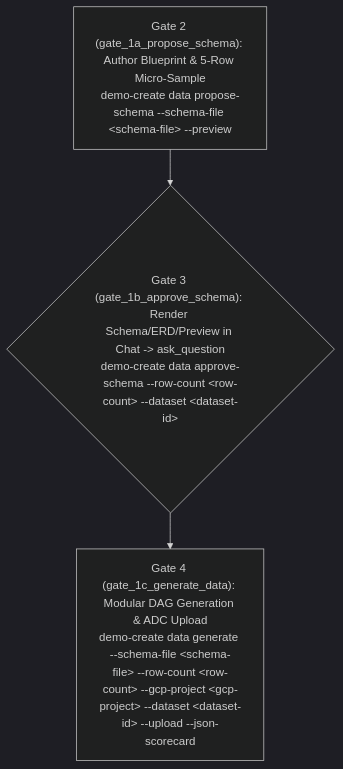
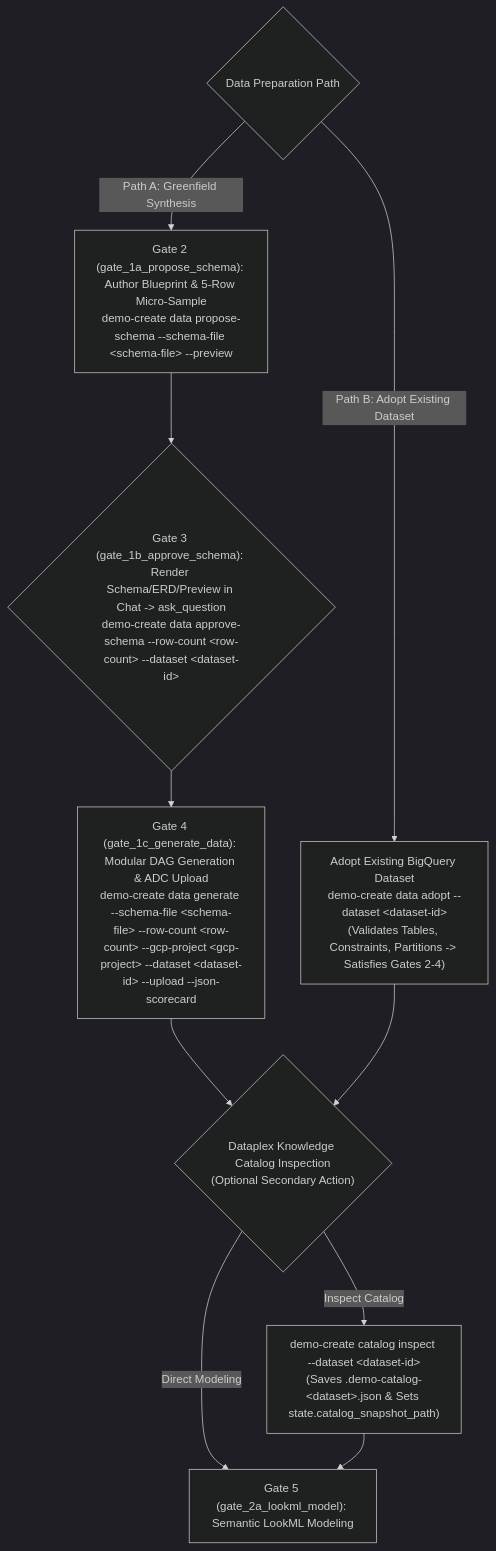
Before and after one commit to lkrdev/looker-demo-cli: the second of 3 diagrams in skills/looker-demo-orchestrator/SKILL.md, drawn with Mermaid (dark theme). The commit also changed other lines of this file and 38 other files, not shown here.

````diff
--- a/skills/looker-demo-orchestrator/SKILL.md
+++ b/skills/looker-demo-orchestrator/SKILL.md
@@ -204,5 +215,12 @@
 ```mermaid
 graph TD
-    A["Gate 2 (gate_1a_propose_schema): Author Blueprint & 5-Row Micro-Sample<br/>demo-create data propose-schema --schema-file &lt;schema-file&gt; --preview"] --> B{"Gate 3 (gate_1b_approve_schema): Render Schema/ERD/Preview in Chat -> ask_question<br/>demo-create data approve-schema --row-count &lt;row-count&gt; --dataset &lt;dataset-id&gt;"}
+    DataChoice{Data Preparation Path} -->|Path A: Greenfield Synthesis| A["Gate 2 (gate_1a_propose_schema): Author Blueprint & 5-Row Micro-Sample<br/>demo-create data propose-schema --schema-file &lt;schema-file&gt; --preview"]
+    A --> B{"Gate 3 (gate_1b_approve_schema): Render Schema/ERD/Preview in Chat -> ask_question<br/>demo-create data approve-schema --row-count &lt;row-count&gt; --dataset &lt;dataset-id&gt;"}
     B --> C["Gate 4 (gate_1c_generate_data): Modular DAG Generation & ADC Upload<br/>demo-create data generate --schema-file &lt;schema-file&gt; --row-count &lt;row-count&gt; --gcp-project &lt;gcp-project&gt; --dataset &lt;dataset-id&gt; --upload --json-scorecard"]
+    DataChoice -->|Path B: Adopt Existing Dataset| D["Adopt Existing BigQuery Dataset<br/>demo-create data adopt --dataset &lt;dataset-id&gt;<br/>(Validates Tables, Constraints, Partitions -> Satisfies Gates 2-4)"]
+    C --> PreGate5{"Dataplex Knowledge Catalog Inspection<br/>(Optional Secondary Action)"}
+    D --> PreGate5
+    PreGate5 -->|Inspect Catalog| E["demo-create catalog inspect --dataset &lt;dataset-id&gt;<br/>(Saves .demo-catalog-&lt;dataset&gt;.json & Sets state.catalog_snapshot_path)"]
+    PreGate5 -->|Direct Modeling| F["Gate 5 (gate_2a_lookml_model): Semantic LookML Modeling"]
+    E --> F
 ```
````
